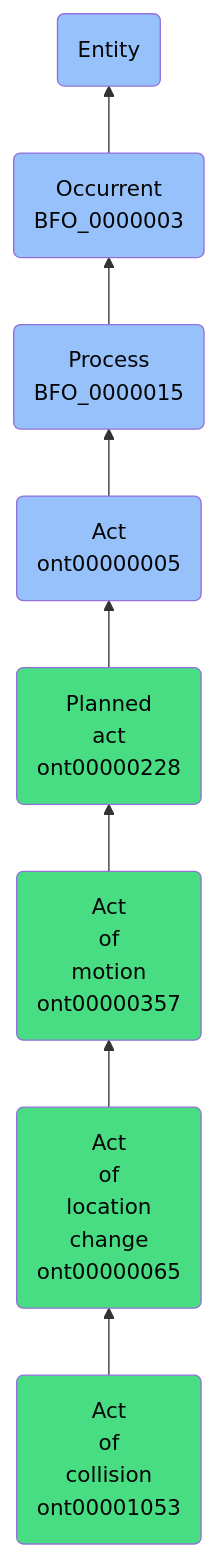
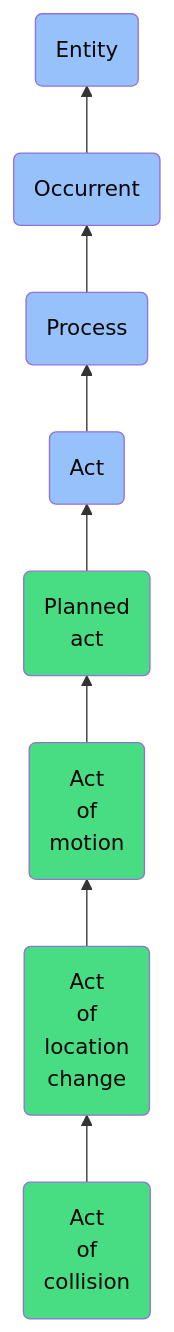
The diagram in docs/ontology/reference/model/Entity/Occurrent/Process/Act/Planned act/Act of motion/Act of location change/Act of collision/Act of collision.md (jupyter-naas/abi), drawn with Mermaid before and after one commit. The commit also changed other lines of this file and 1430 other files, not shown here.

````diff
--- a/docs/ontology/reference/model/Entity/Occurrent/Process/Act/Planned act/Act of motion/Act of location change/Act of collision/Act of collision.md
+++ b/docs/ontology/reference/model/Entity/Occurrent/Process/Act/Planned act/Act of motion/Act of location change/Act of collision/Act of collision.md
@@ -24,15 +24,15 @@
 ```mermaid
 graph BT
-    ont00001053(Act<br>of<br>collision<br>ont00001053):::ABI-->ont00000065
-    ont00000065(Act<br>of<br>location<br>change<br>ont00000065):::ABI-->ont00000357
-    ont00000357(Act<br>of<br>motion<br>ont00000357):::ABI-->ont00000228
-    ont00000228(Planned<br>act<br>ont00000228):::ABI-->ont00000005
-    ont00000005(Act<br>ont00000005):::BFO-->BFO_0000015
-    BFO_0000015(Process<br>BFO_0000015):::BFO-->BFO_0000003
-    BFO_0000003(Occurrent<br>BFO_0000003):::BFO-->BFO_0000001
+    ont00001053(Act<br>of<br>collision):::ABI-->ont00000065
+    ont00000065(Act<br>of<br>location<br>change):::ABI-->ont00000357
+    ont00000357(Act<br>of<br>motion):::ABI-->ont00000228
+    ont00000228(Planned<br>act):::ABI-->ont00000005
+    ont00000005(Act):::BFO-->BFO_0000015
+    BFO_0000015(Process):::BFO-->BFO_0000003
+    BFO_0000003(Occurrent):::BFO-->BFO_0000001
     BFO_0000001(Entity):::BFO
     
     classDef BFO fill:#97c1fb,color:#060606
     classDef CCO fill:#e4c51e,color:#060606
     classDef ABI fill:#48DD82,color:#060606
 ```
````
